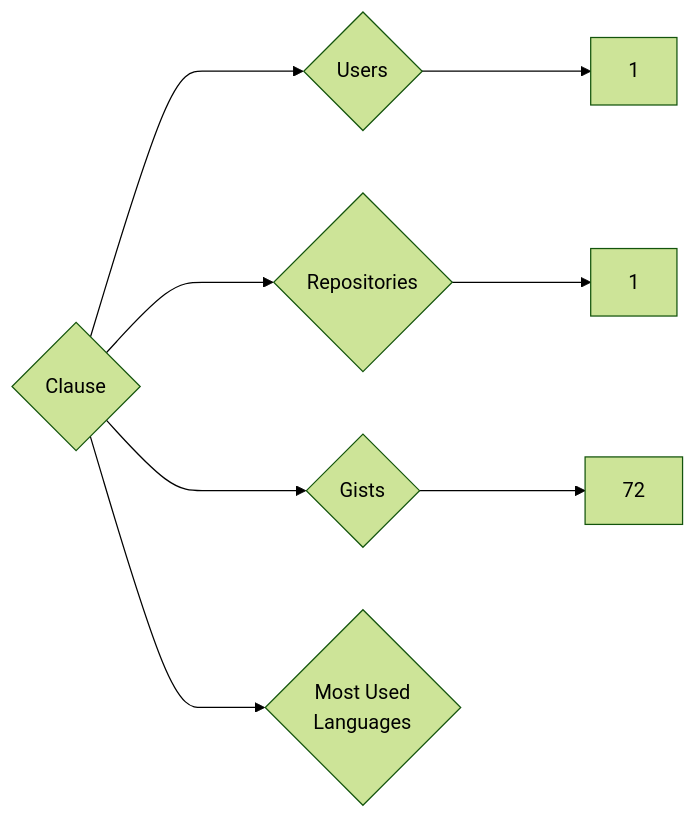
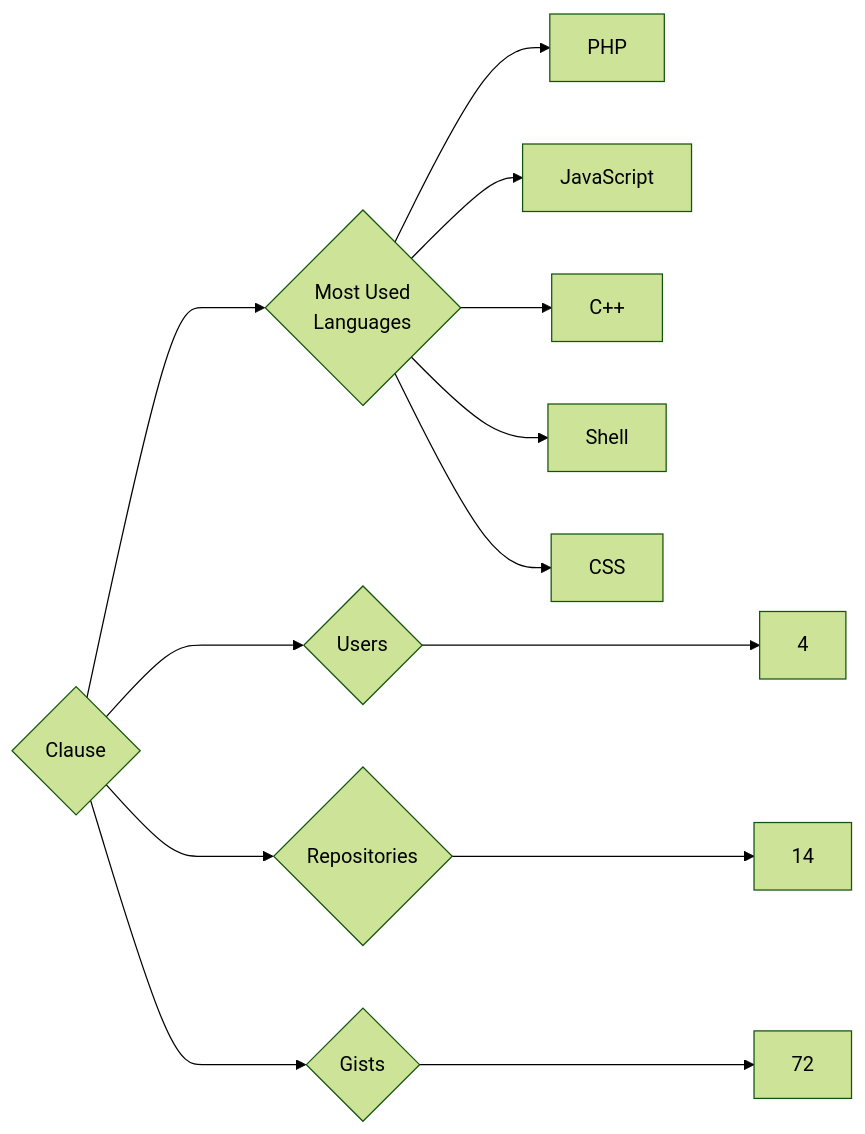
Before and after one commit to trickest/insiders: the diagram in targets/Clause/README.md, drawn with Mermaid (forest theme). The commit also changed 872 other files, not shown here.

````diff
--- a/targets/Clause/README.md
+++ b/targets/Clause/README.md
@@ -3,8 +3,13 @@
 ```mermaid
 graph LR
 COMPANY_NAME{Clause}
-COMPANY_NAME ---> U{Users} ---> UN[1]
-COMPANY_NAME ---> R{Repositories} ---> RN[1]
+COMPANY_NAME ---> U{Users} ---> UN[4]
+COMPANY_NAME ---> R{Repositories} ---> RN[14]
 COMPANY_NAME ---> G{Gists} ---> GN[72]
 COMPANY_NAME ---> ML{Most Used<br>Languages}
+ML --> PHP[PHP]
+ML --> JavaScript[JavaScript]
+ML --> C++[C++]
+ML --> Shell[Shell]
+ML --> CSS[CSS]
 ```
````
